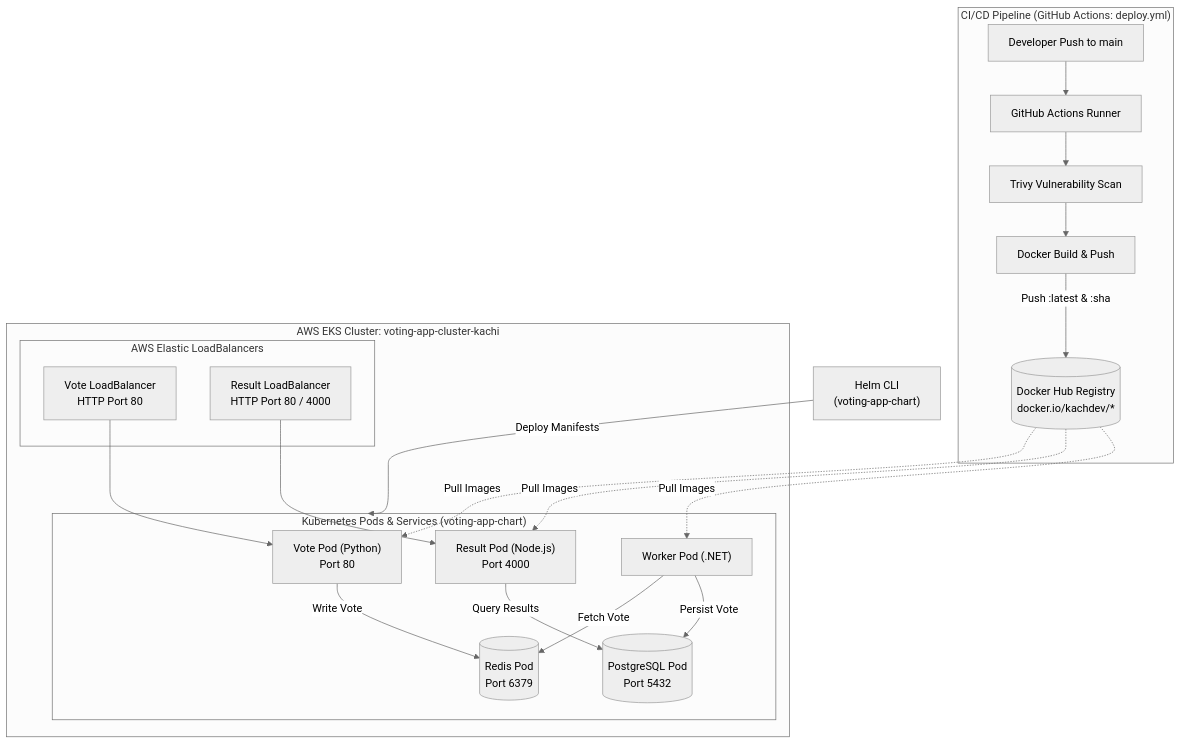
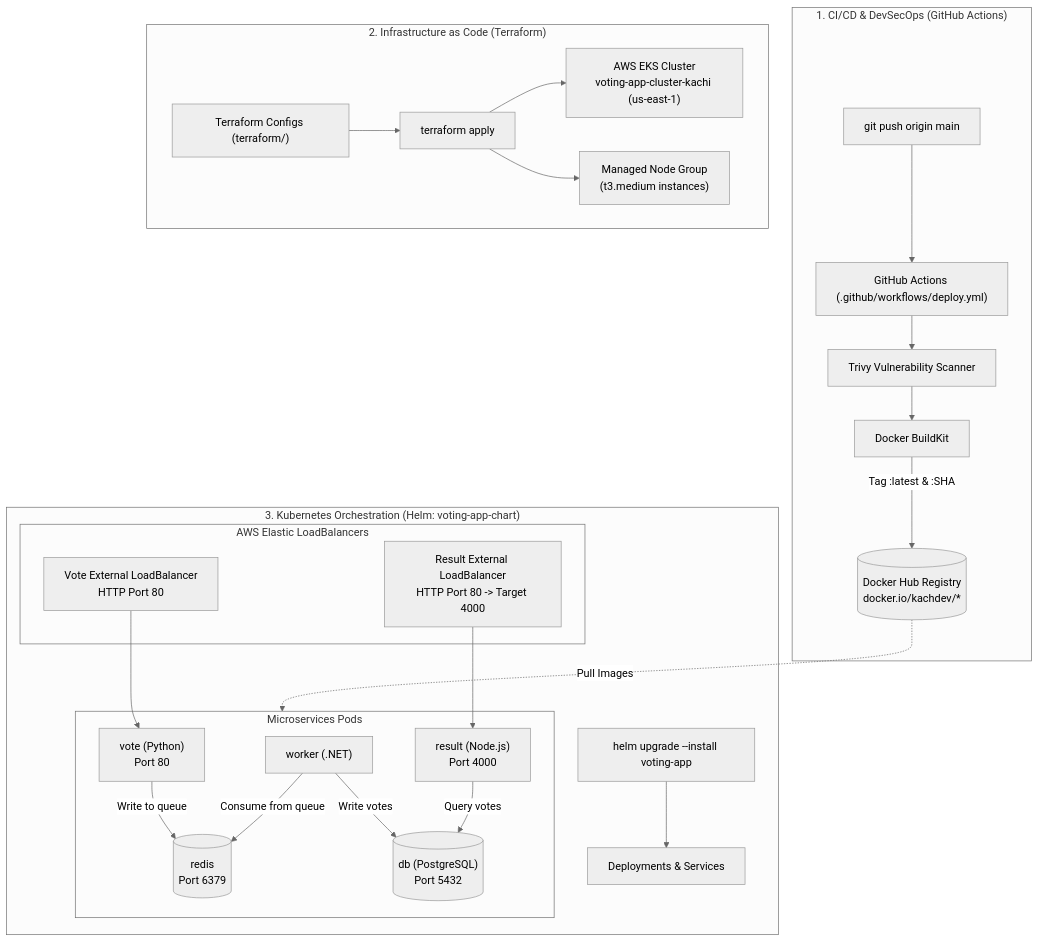
Before and after one commit to onemmanuel4christ/example-voting-app: the diagram in README.md, drawn with Mermaid (neutral theme). The commit also changed other lines of this file, not shown here.

````diff
--- a/README.md
+++ b/README.md
@@ -21,37 +36,42 @@
 ```mermaid
 flowchart TD
-    subgraph CI_CD["CI/CD Pipeline (GitHub Actions: deploy.yml)"]
-        DevPush["Developer Push to main"] --> GHActions["GitHub Actions Runner"]
-        GHActions --> TrivyScan["Trivy Vulnerability Scan"]
-        TrivyScan --> DockerBuild["Docker Build & Push"]
-        DockerBuild -->|Push :latest & :sha| DockerHub[("Docker Hub Registry<br/>docker.io/kachdev/*")]
+    subgraph CI_CD["1. CI/CD & DevSecOps (GitHub Actions)"]
+        GitCommit["git push origin main"] --> Pipeline["GitHub Actions (.github/workflows/deploy.yml)"]
+        Pipeline --> Trivy["Trivy Vulnerability Scanner"]
+        Trivy --> DockerBuild["Docker BuildKit"]
+        DockerBuild -->|Tag :latest & :SHA| DockerHub[("Docker Hub Registry<br/>docker.io/kachdev/*")]
     end
 
-    subgraph AWS_EKS["AWS EKS Cluster: voting-app-cluster-kachi"]
-        subgraph External_Access["AWS Elastic LoadBalancers"]
-            VoteLB["Vote LoadBalancer<br/>HTTP Port 80"]
-            ResultLB["Result LoadBalancer<br/>HTTP Port 80 / 4000"]
+    subgraph IaC["2. Infrastructure as Code (Terraform)"]
+        TFCode["Terraform Configs (terraform/)"] --> TFApply["terraform apply"]
+        TFApply --> EKSCluster["AWS EKS Cluster<br/>voting-app-cluster-kachi (us-east-1)"]
+        TFApply --> NodeGroup["Managed Node Group<br/>(t3.medium instances)"]
+    end
+
+    subgraph K8s["3. Kubernetes Orchestration (Helm: voting-app-chart)"]
+        HelmCLI["helm upgrade --install voting-app"] --> K8sManifests["Deployments & Services"]
+        
+        subgraph Pods["Microservices Pods"]
+            VotePod["vote (Python)<br/>Port 80"]
+            RedisPod[("redis<br/>Port 6379")]
+            WorkerPod["worker (.NET)"]
+            DBPod[("db (PostgreSQL)<br/>Port 5432")]
+            ResultPod["result (Node.js)<br/>Port 4000"]
         end
 
-        subgraph K8s_Pods["Kubernetes Pods & Services (voting-app-chart)"]
-            VotePod["Vote Pod (Python)<br/>Port 80"]
-            RedisPod[("Redis Pod<br/>Port 6379")]
-            WorkerPod["Worker Pod (.NET)"]
-            DBPod[("PostgreSQL Pod<br/>Port 5432")]
-            ResultPod["Result Pod (Node.js)<br/>Port 4000"]
+        subgraph Ingress["AWS Elastic LoadBalancers"]
+            VoteLB["Vote External LoadBalancer<br/>HTTP Port 80"]
+            ResultLB["Result External LoadBalancer<br/>HTTP Port 80 -> Target 4000"]
         end
 
         VoteLB --> VotePod
-        VotePod -->|"Write Vote"| RedisPod
-        WorkerPod -->|"Fetch Vote"| RedisPod
-        WorkerPod -->|"Persist Vote"| DBPod
-        ResultPod -->|"Query Results"| DBPod
         ResultLB --> ResultPod
+
+        VotePod -->|"Write to queue"| RedisPod
+        WorkerPod -->|"Consume from queue"| RedisPod
+        WorkerPod -->|"Write votes"| DBPod
+        ResultPod -->|"Query votes"| DBPod
     end
 
-    DockerHub -.->|"Pull Images"| VotePod
-    DockerHub -.->|"Pull Images"| ResultPod
-    DockerHub -.->|"Pull Images"| WorkerPod
-
-    HelmDeploy["Helm CLI<br/>(voting-app-chart)"] -->|"Deploy Manifests"| K8s_Pods
+    DockerHub -.->|"Pull Images"| Pods
 ```
````
